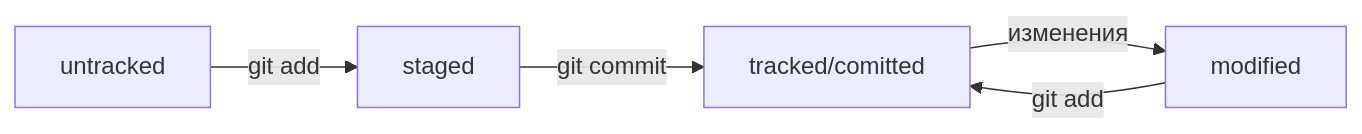
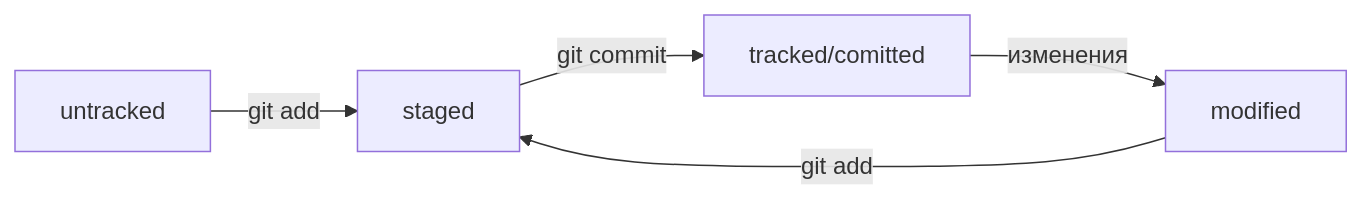
One commit to ineedkodeforlife/git_help changed the diagram in readme.md. Above: the diagram before and after it, drawn with Mermaid.

Commit message:
add scheme

````diff
--- a/readme.md
+++ b/readme.md
@@ -36,7 +36,7 @@
 ```mermaid
 graph LR;
   untracked -- "git add" --> staged;
+  tracked/comitted    -- "изменения"  --> modified;
   staged    -- "git commit"     --> tracked/comitted;
-  tracked/comitted    -- "изменения"  --> modified;
-  modified -- "git add" --> tracked/comitted;	
+  modified -- "git add" --> staged;	
 ```
````
